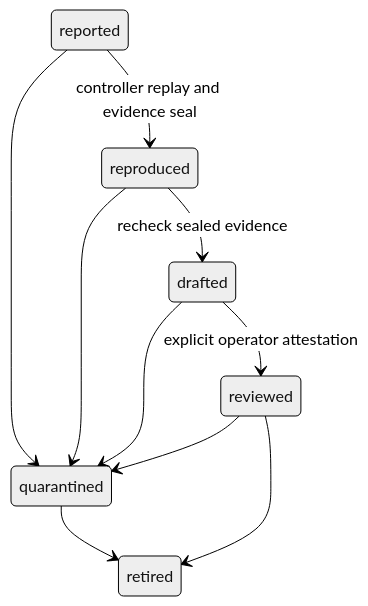
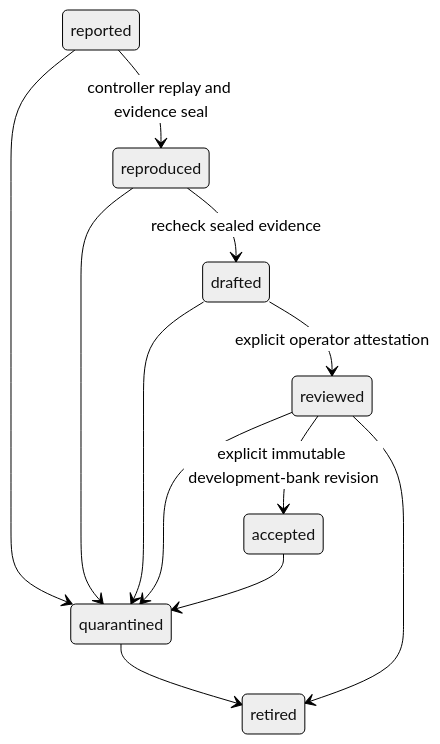
One commit to mihazs/agent-harness-lab changed the diagram in docs/regression-review.md. Above: the diagram before and after it, drawn with Mermaid (neutral theme). The commit also changed other lines of this file and 18 other files, not shown here.

Commit message:
feat: admit reviewed regressions to immutable development banks

````diff
--- a/docs/regression-review.md
+++ b/docs/regression-review.md
@@ -8,12 +9,14 @@
 ```mermaid
 stateDiagram-v2
     reported --> reproduced: controller replay and evidence seal
     reproduced --> drafted: recheck sealed evidence
     drafted --> reviewed: explicit operator attestation
+    reviewed --> accepted: explicit immutable development-bank revision
     reported --> quarantined
     reproduced --> quarantined
     drafted --> quarantined
     reviewed --> quarantined
+    accepted --> quarantined
     quarantined --> retired
     reviewed --> retired
 ```
````
